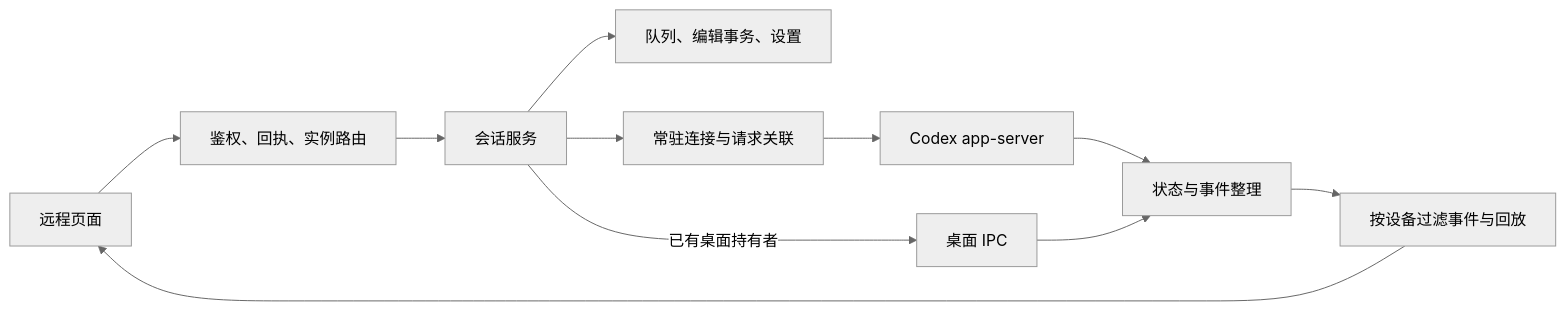
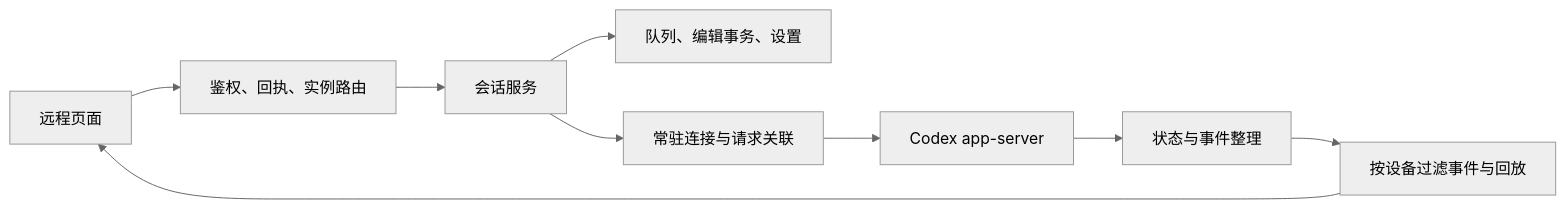
Before and after one commit to junxin367/Elves: the diagram in docs/remote-service-mode.md, drawn with Mermaid (neutral theme). The commit also changed other lines of this file and 212 other files, not shown here.

````diff
--- a/docs/remote-service-mode.md
+++ b/docs/remote-service-mode.md
@@ -57,13 +57,11 @@
 ```mermaid
 flowchart LR
     Web[远程页面] --> Access[鉴权、回执、实例路由]
     Access --> Harness[会话服务]
     Harness --> Store[队列、编辑事务、设置]
     Harness --> Runtime[常驻连接与请求关联]
     Runtime --> Codex[Codex app-server]
-    Harness -->|已有桌面持有者| IPC[桌面 IPC]
     Codex --> Projection[状态与事件整理]
-    IPC --> Projection
     Projection --> Filter[按设备过滤事件与回放]
     Filter --> Web
 ```
````
